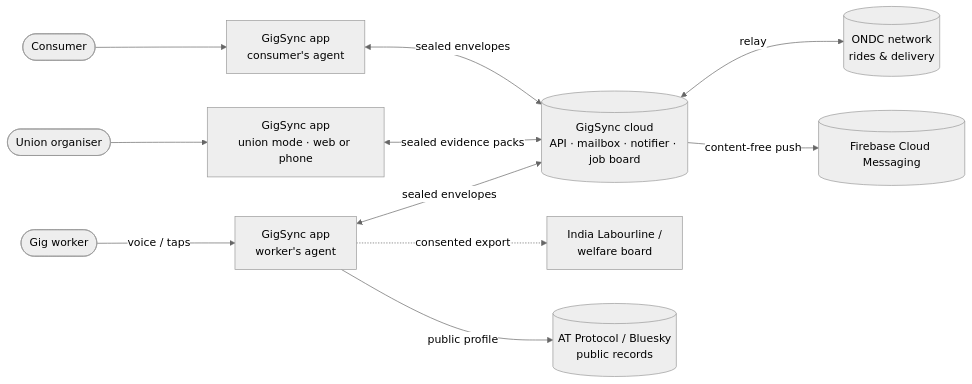
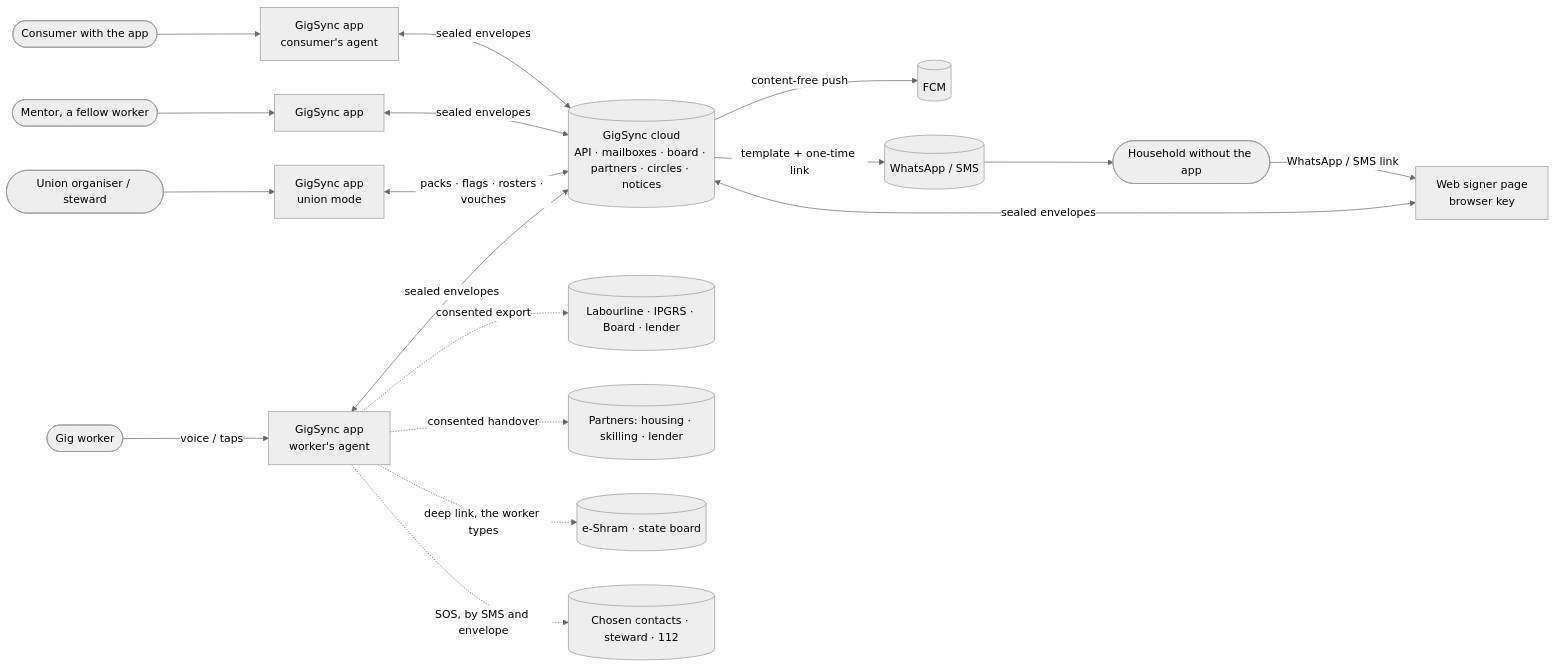
One commit to kirav5/GigSync changed the first of 17 diagrams in docs/gigsync/HLD.md. Above: the diagram before and after it, drawn with Mermaid (neutral theme). The commit also changed other lines of this file and 28 other files, not shown here.

````diff
--- a/docs/gigsync/HLD.md
+++ b/docs/gigsync/HLD.md
@@ -60,13 +80,19 @@
 ```mermaid
 flowchart LR
   W([Gig worker]) -->|voice / taps| WP[GigSync app<br/>worker's agent]
-  E([Consumer]) --> EP[GigSync app<br/>consumer's agent]
-  WP <-->|sealed envelopes| CLOUD[(GigSync cloud<br/>API · mailbox · notifier · job board)]
+  E([Consumer with the app]) --> EP[GigSync app<br/>consumer's agent]
+  H([Household without the app]) -->|WhatsApp / SMS link| SIGN[Web signer page<br/>browser key]
+  M([Mentor, a fellow worker]) --> MP[GigSync app]
+  U([Union organiser / steward]) --> DESK[GigSync app<br/>union mode]
+  WP <-->|sealed envelopes| CLOUD[(GigSync cloud<br/>API · mailboxes · board · partners · circles · notices)]
   EP <-->|sealed envelopes| CLOUD
-  U([Union organiser]) --> DESK[GigSync app<br/>union mode · web or phone]
-  DESK <-->|sealed evidence packs| CLOUD
-  WP -. consented export .-> HL[India Labourline /<br/>welfare board]
-  CLOUD <-->|relay| ONDC[(ONDC network<br/>rides & delivery)]
-  CLOUD -->|content-free push| FCM[(Firebase Cloud Messaging)]
-  WP -->|public profile| ATP[(AT Protocol / Bluesky<br/>public records)]
+  SIGN <-->|sealed envelopes| CLOUD
+  MP <-->|sealed envelopes| CLOUD
+  DESK <-->|packs · flags · rosters · vouches| CLOUD
+  CLOUD -->|content-free push| FCM[(FCM)]
+  CLOUD -->|template + one-time link| WA[(WhatsApp / SMS)] --> H
+  WP -. consented export .-> REC[(Labourline · IPGRS · Board · lender)]
+  WP -. consented handover .-> PART[(Partners: housing · skilling · lender)]
+  WP -. deep link, the worker types .-> REG[(e-Shram · state board)]
+  WP -. SOS, by SMS and envelope .-> SOS[(Chosen contacts · steward · 112)]
 ```
````
